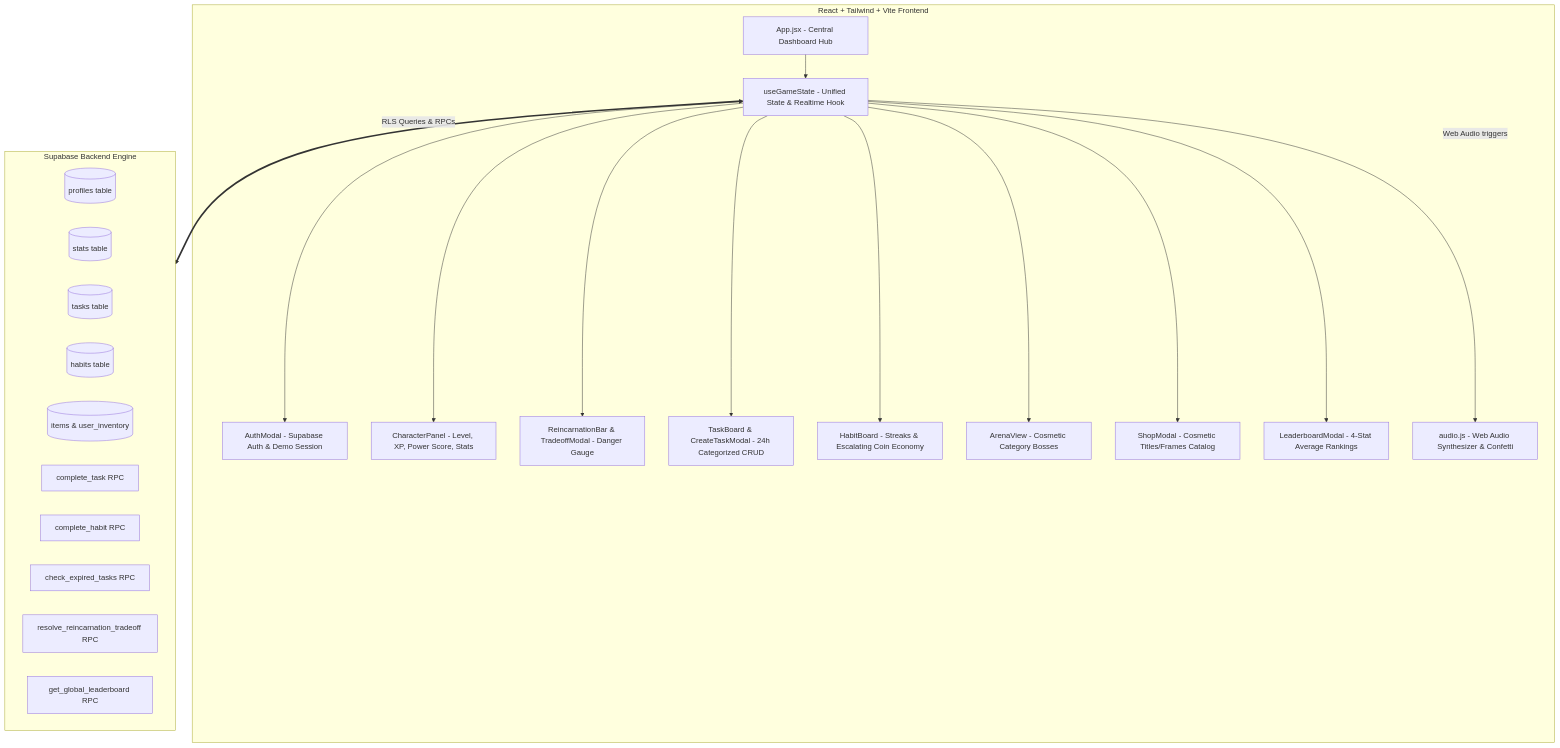
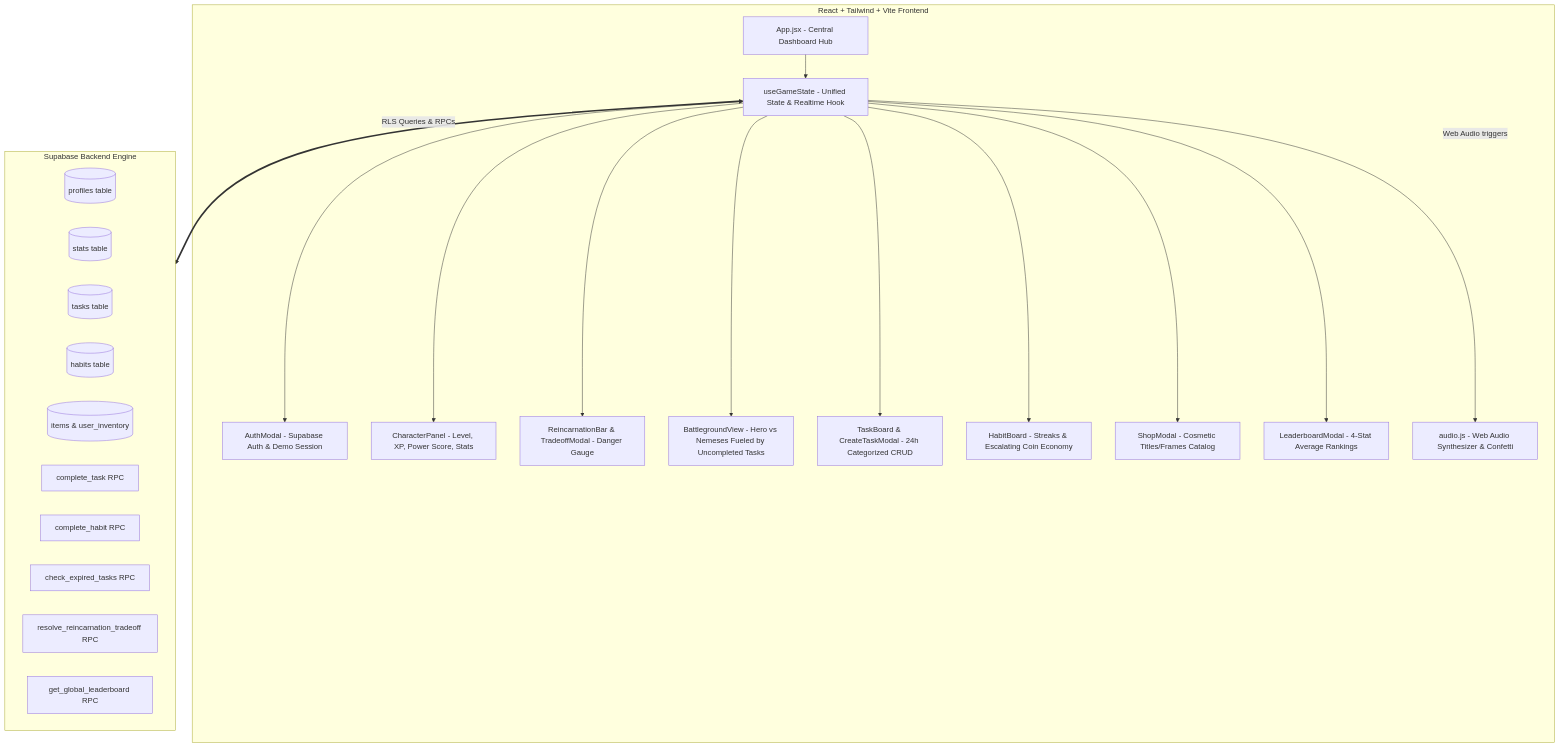
One commit to twisted106/Anihabit changed the diagram in IMPLEMENTATION_WALKTHROUGH.md. Above: the diagram before and after it, drawn with Mermaid. The commit also changed other lines of this file and 4 other files, not shown here.

Commit message:
feat(battleground): replace static arena with dynamic battleground where enemies are powered by uncompleted tasks

````diff
--- a/IMPLEMENTATION_WALKTHROUGH.md
+++ b/IMPLEMENTATION_WALKTHROUGH.md
@@ -47,44 +50,44 @@
 ```mermaid
 flowchart TD
     subgraph Frontend [React + Tailwind + Vite Frontend]
         App[App.jsx - Central Dashboard Hub]
         AuthM[AuthModal - Supabase Auth & Demo Session]
         Hook[useGameState - Unified State & Realtime Hook]
         
         CharP[CharacterPanel - Level, XP, Power Score, Stats]
         ReincM[ReincarnationBar & TradeoffModal - Danger Gauge]
+        Battleground[BattlegroundView - Hero vs Nemeses Fueled by Uncompleted Tasks]
         TaskB[TaskBoard & CreateTaskModal - 24h Categorized CRUD]
         HabitB[HabitBoard - Streaks & Escalating Coin Economy]
-        ArenaV[ArenaView - Cosmetic Category Bosses]
         ShopM[ShopModal - Cosmetic Titles/Frames Catalog]
         LeadM[LeaderboardModal - 4-Stat Average Rankings]
         AudioS[audio.js - Web Audio Synthesizer & Confetti]
     end
 
     subgraph Backend [Supabase Backend Engine]
         DB_Profiles[(profiles table)]
         DB_Stats[(stats table)]
         DB_Tasks[(tasks table)]
         DB_Habits[(habits table)]
         DB_Items[(items & user_inventory)]
         
         RPC_Task[complete_task RPC]
         RPC_Habit[complete_habit RPC]
         RPC_Expire[check_expired_tasks RPC]
         RPC_Tradeoff[resolve_reincarnation_tradeoff RPC]
         RPC_Leader[get_global_leaderboard RPC]
     end
 
     App --> Hook
     Hook <--> AuthM
     Hook --> CharP
     Hook --> ReincM
+    Hook --> Battleground
     Hook --> TaskB
     Hook --> HabitB
-    Hook --> ArenaV
     Hook --> ShopM
     Hook --> LeadM
     
     Hook -->|Web Audio triggers| AudioS
     Hook <==>|RLS Queries & RPCs| Backend
 ```
````
